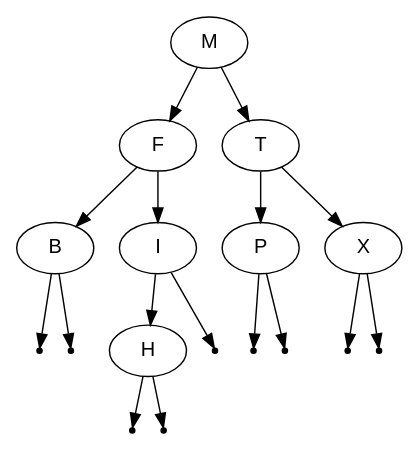
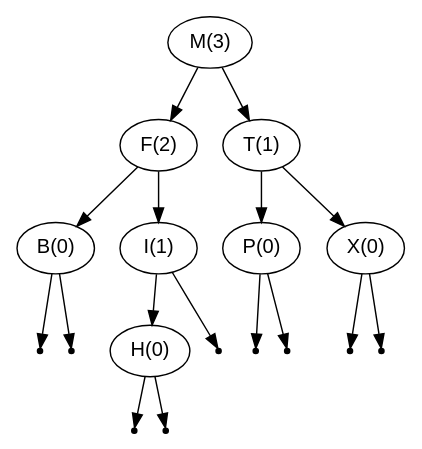
The diagram in bst.dot (jeffknerr/avlbst), drawn with Graphviz before and after one commit. The commit also changed 2 other files, not shown here.

Commit message:
added height to bst.dot diagram

```diff
--- a/bst.dot
+++ b/bst.dot
@@ -1,28 +1,28 @@
 digraph BST {
    node [fontname="Arial"];
-   M -> F ;
-   F -> B ;
+   "M(3)" -> "F(2)" ;
+   "F(2)" -> "B(0)" ;
    null1 [shape=point];
-   B -> null1;
+   "B(0)" -> null1;
    null2 [shape=point];
-   B -> null2;
-   F -> I ;
-   I -> H ;
+   "B(0)" -> null2;
+   "F(2)" -> "I(1)" ;
+   "I(1)" -> "H(0)" ;
    null3 [shape=point];
-   H -> null3;
+   "H(0)" -> null3;
    null4 [shape=point];
-   H -> null4;
+   "H(0)" -> null4;
    null5 [shape=point];
-   I -> null5;
-   M -> T ;
-   T -> P ;
+   "I(1)" -> null5;
+   "M(3)" -> "T(1)" ;
+   "T(1)" -> "P(0)" ;
    null6 [shape=point];
-   P -> null6;
+   "P(0)" -> null6;
    null7 [shape=point];
-   P -> null7;
-   T -> X ;
+   "P(0)" -> null7;
+   "T(1)" -> "X(0)" ;
    null8 [shape=point];
-   X -> null8;
+   "X(0)" -> null8;
    null9 [shape=point];
-   X -> null9;
+   "X(0)" -> null9;
 }
```
